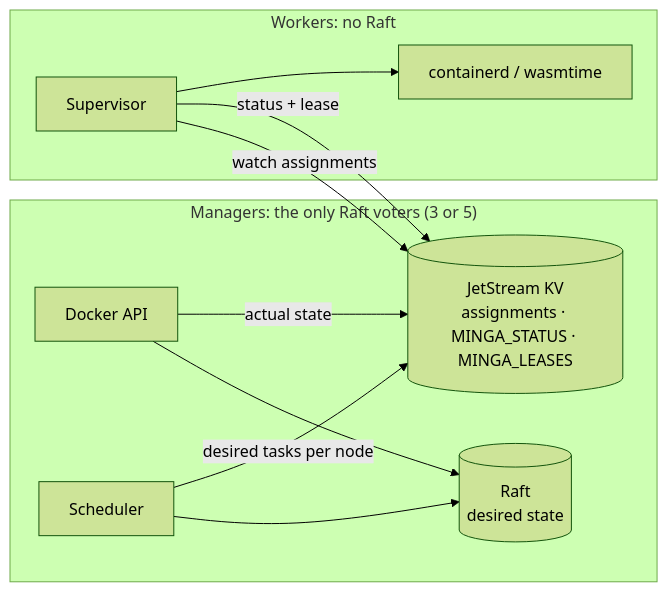
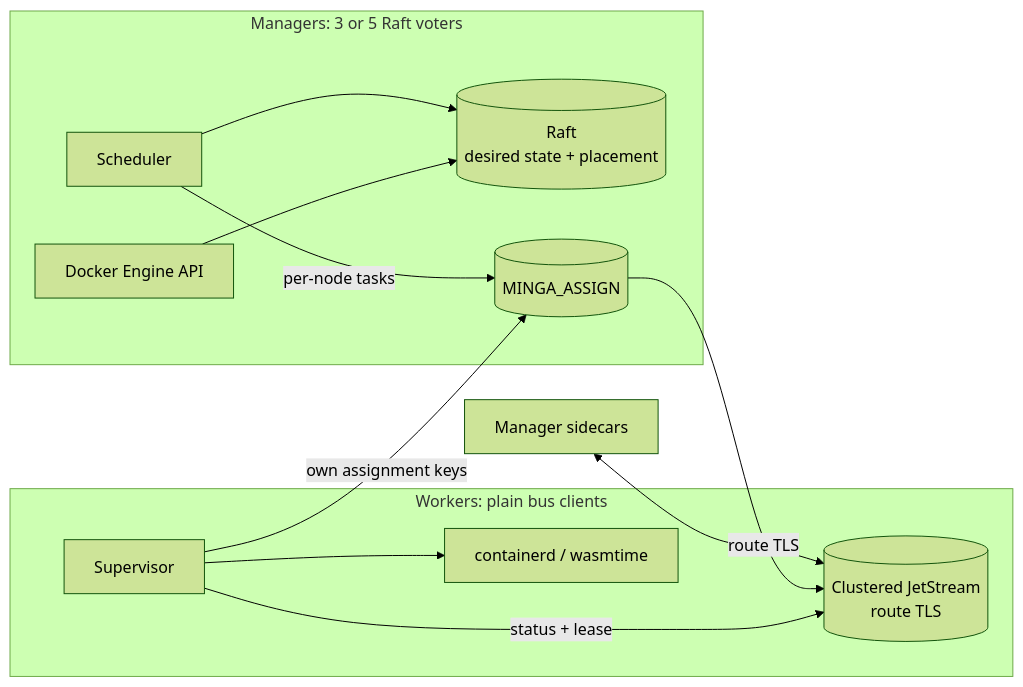
The second of 2 diagrams in docs/architecture.md (lithqube/minga), drawn with Mermaid (forest theme) before and after one commit. The commit also changed other lines of this file and 9 other files, not shown here.

Commit message:
feat: prove managers-only Raft topologies

````diff
--- a/docs/architecture.md
+++ b/docs/architecture.md
@@ -59,15 +62,16 @@
 ```mermaid
 flowchart LR
-  subgraph managers["Managers: the only Raft voters (3 or 5)"]
-    API["Docker API"] --> R[("Raft<br/>desired state")]
+  subgraph managers["Managers: 3 or 5 Raft voters"]
+    API["Docker Engine API"] --> R[("Raft<br/>desired state + placement")]
     S["Scheduler"] --> R
-    S -- desired tasks per node --> KV
+    S -- per-node tasks --> A[("MINGA_ASSIGN")]
   end
-  KV[("JetStream KV<br/>assignments · MINGA_STATUS · MINGA_LEASES")]
-  subgraph workers["Workers: no Raft"]
-    SUP["Supervisor"] -- watch assignments --> KV
-    SUP -- status + lease --> KV
-    SUP --> RT["containerd / wasmtime"]
+  J[("Clustered JetStream<br/>route TLS")]
+  subgraph workers["Workers: plain bus clients"]
+    W["Supervisor"] --> C["containerd / wasmtime"]
+    W -- own assignment keys --> A
+    W -- status + lease --> J
   end
-  API -- actual state --> KV
+  A --> J
+  M["Manager sidecars"] <-->|route TLS| J
 ```
````
